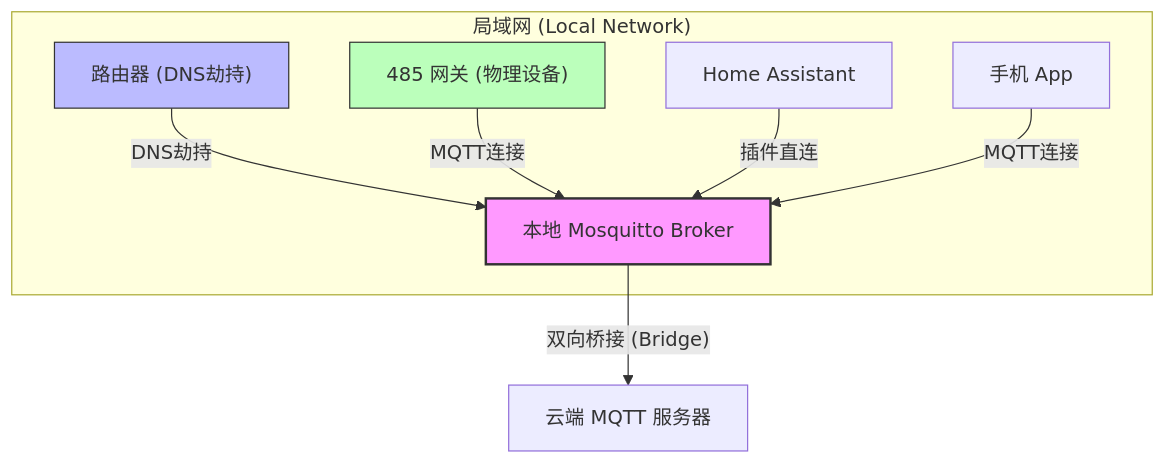
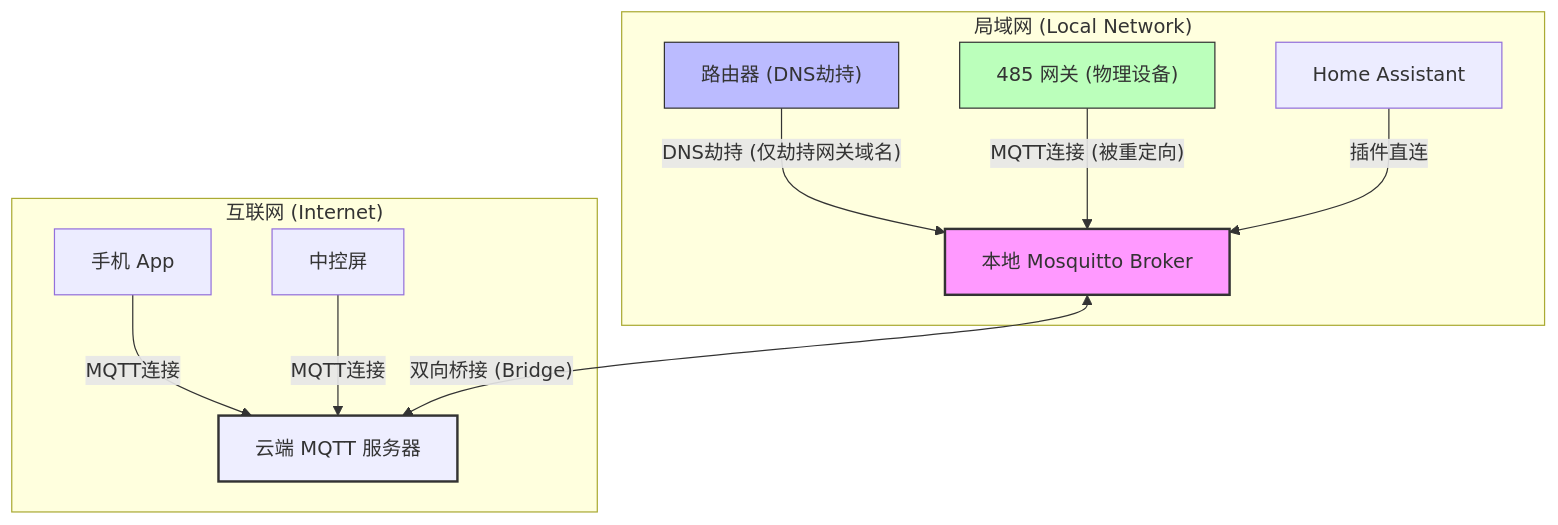
Before and after one commit to origintree/hyqw_adapter: the first of 2 diagrams in README.md, drawn with Mermaid. The commit also changed other lines of this file, not shown here.

Commit message:
Enhance README.md with updated architecture diagram and detailed explanations for DNS hijacking, local MQTT bridging, and Home Assistant plugin integration.

````diff
--- a/README.md
+++ b/README.md
@@ -23,22 +23,28 @@
 ```mermaid
 graph TD
     Cloud["云端 MQTT 服务器"]
     LocalBroker["本地 Mosquitto Broker"]
     App["手机 App"]
+    Screen["中控屏"]
     HA["Home Assistant"]
     Gateway["485 网关 (物理设备)"]
     Router["路由器 (DNS劫持)"]
 
-    subgraph "局域网 (Local Network)"
-        Router -- DNS劫持 --> LocalBroker
-        Gateway -- MQTT连接 --> LocalBroker
-        HA -- 插件直连 --> LocalBroker
-        App -- MQTT连接 --> LocalBroker
+    subgraph "互联网 (Internet)"
+        App -- MQTT连接 --> Cloud
+        Screen -- MQTT连接 --> Cloud
     end
 
-    LocalBroker -- "双向桥接 (Bridge)" --> Cloud
+    subgraph "局域网 (Local Network)"
+        Router -- "DNS劫持 (仅劫持网关域名)" --> LocalBroker
+        Gateway -- "MQTT连接 (被重定向)" --> LocalBroker
+        HA -- "插件直连" --> LocalBroker
+    end
+
+    LocalBroker -- "双向桥接 (Bridge)" <--> Cloud
     
     style LocalBroker fill:#f9f,stroke:#333,stroke-width:2px
     style Router fill:#bbf,stroke:#333,stroke-width:1px
     style Gateway fill:#bfb,stroke:#333,stroke-width:1px
+    style Cloud fill:#eef,stroke:#333,stroke-width:2px
 ```
````
